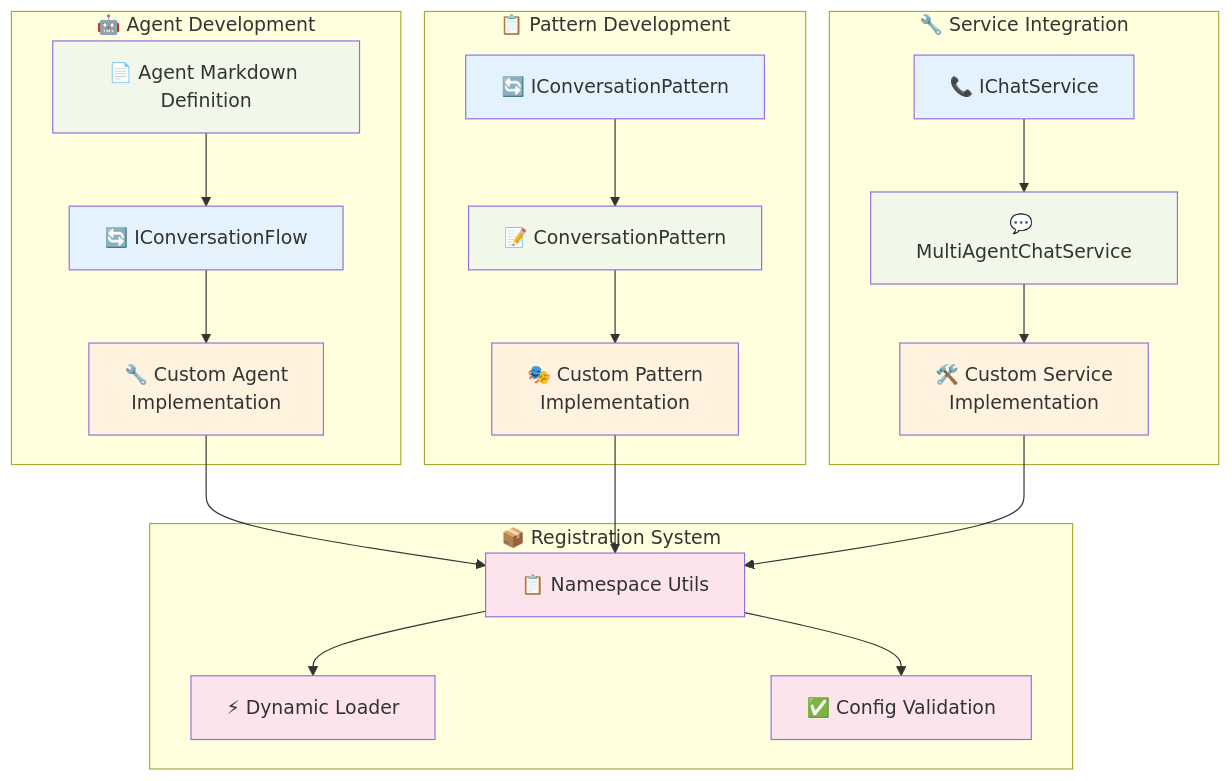
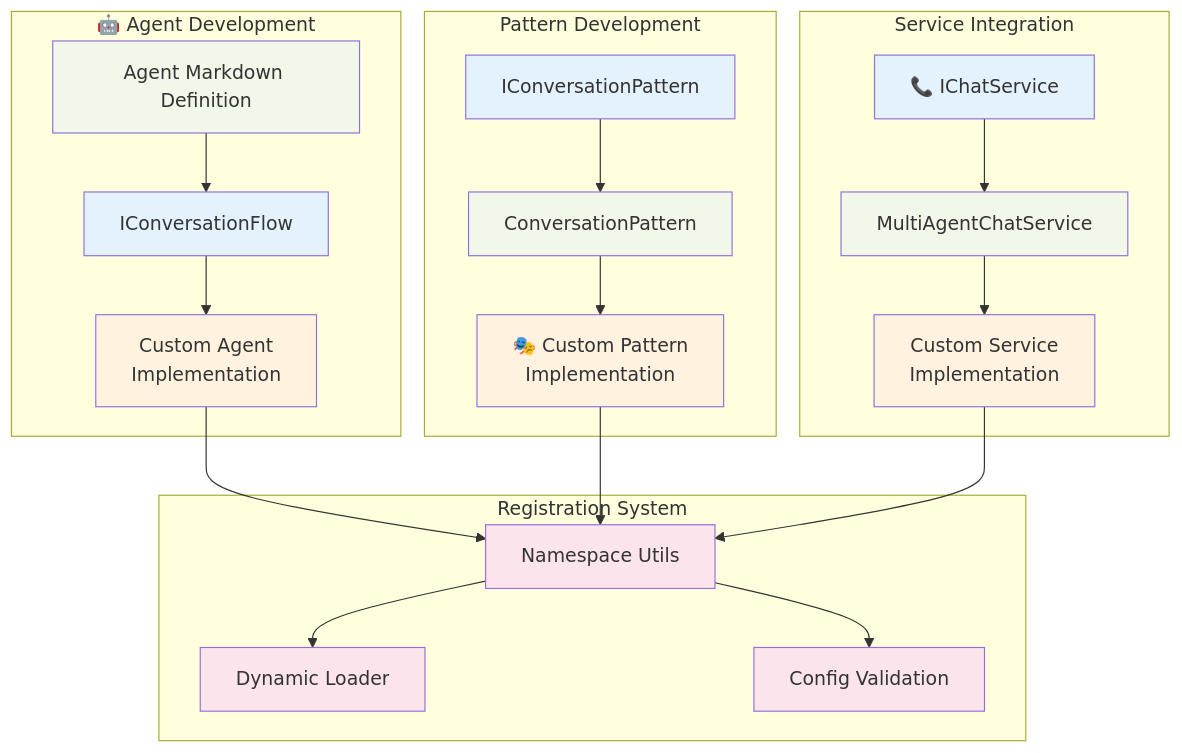
One commit to the-ingenious-dark-knight/Insight_Ingenious changed the fourth of 11 diagrams in docs/development/README.md. Above: the diagram before and after it, drawn with Mermaid. The commit also changed other lines of this file and 23 other files, not shown here.

````diff
--- a/docs/development/README.md
+++ b/docs/development/README.md
@@ -388,51 +388,51 @@
 ```mermaid
 graph TB
     subgraph "🤖 Agent Development"
-        AGENT_MARKDOWN[📄 Agent Markdown Definition]
-        AGENT_FLOW[🔄 IConversationFlow]
-        CUSTOM_AGENT[🔧 Custom Agent<br/>Implementation]
+        AGENT_MARKDOWN[ Agent Markdown Definition]
+        AGENT_FLOW[ IConversationFlow]
+        CUSTOM_AGENT[ Custom Agent<br/>Implementation]
     end
 
-    subgraph "📋 Pattern Development"
-        PATTERN_INTERFACE[🔄 IConversationPattern]
-        PATTERN_IMPL[📝 ConversationPattern]
+    subgraph " Pattern Development"
+        PATTERN_INTERFACE[ IConversationPattern]
+        PATTERN_IMPL[ ConversationPattern]
         CUSTOM_PATTERN[🎭 Custom Pattern<br/>Implementation]
     end
 
-    subgraph "🔧 Service Integration"
-        CHAT_SERVICE[💬 MultiAgentChatService]
+    subgraph " Service Integration"
+        CHAT_SERVICE[ MultiAgentChatService]
         CHAT_INTERFACE[📞 IChatService]
-        CUSTOM_SERVICE[🛠️ Custom Service<br/>Implementation]
+        CUSTOM_SERVICE[ Custom Service<br/>Implementation]
     end
 
-    subgraph "📦 Registration System"
-        NAMESPACE_UTILS[📋 Namespace Utils]
-        DYNAMIC_LOADER[⚡ Dynamic Loader]
-        CONFIG_VALIDATION[✅ Config Validation]
+    subgraph " Registration System"
+        NAMESPACE_UTILS[ Namespace Utils]
+        DYNAMIC_LOADER[ Dynamic Loader]
+        CONFIG_VALIDATION[ Config Validation]
     end
 
     AGENT_MARKDOWN --> AGENT_FLOW
     AGENT_FLOW --> CUSTOM_AGENT
     CUSTOM_AGENT --> NAMESPACE_UTILS
 
     PATTERN_INTERFACE --> PATTERN_IMPL
     PATTERN_IMPL --> CUSTOM_PATTERN
     CUSTOM_PATTERN --> NAMESPACE_UTILS
 
     CHAT_INTERFACE --> CHAT_SERVICE
     CHAT_SERVICE --> CUSTOM_SERVICE
     CUSTOM_SERVICE --> NAMESPACE_UTILS
 
     NAMESPACE_UTILS --> DYNAMIC_LOADER
     NAMESPACE_UTILS --> CONFIG_VALIDATION
 
     classDef interface fill:#e3f2fd
     classDef base fill:#f1f8e9
     classDef custom fill:#fff3e0
     classDef registry fill:#fce4ec
 
     class AGENT_FLOW,PATTERN_INTERFACE,CHAT_INTERFACE interface
     class AGENT_MARKDOWN,PATTERN_IMPL,CHAT_SERVICE base
     class CUSTOM_AGENT,CUSTOM_PATTERN,CUSTOM_SERVICE custom
     class NAMESPACE_UTILS,DYNAMIC_LOADER,CONFIG_VALIDATION registry
 ```
````
